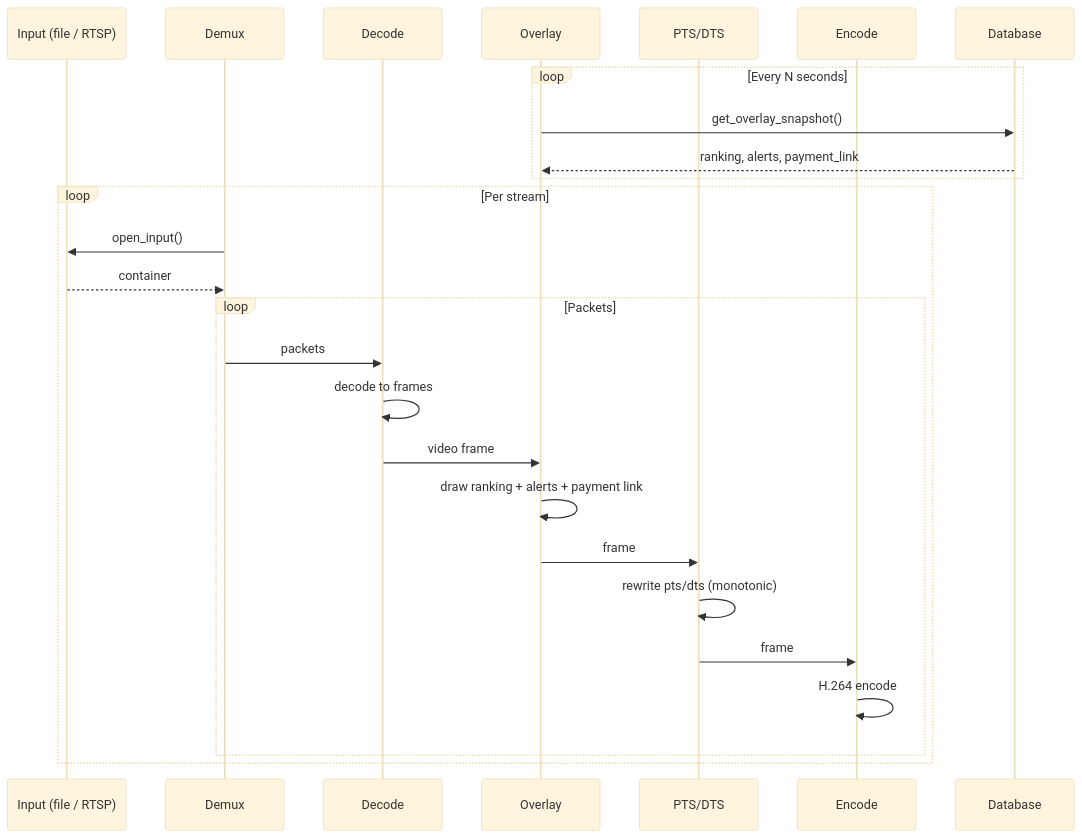
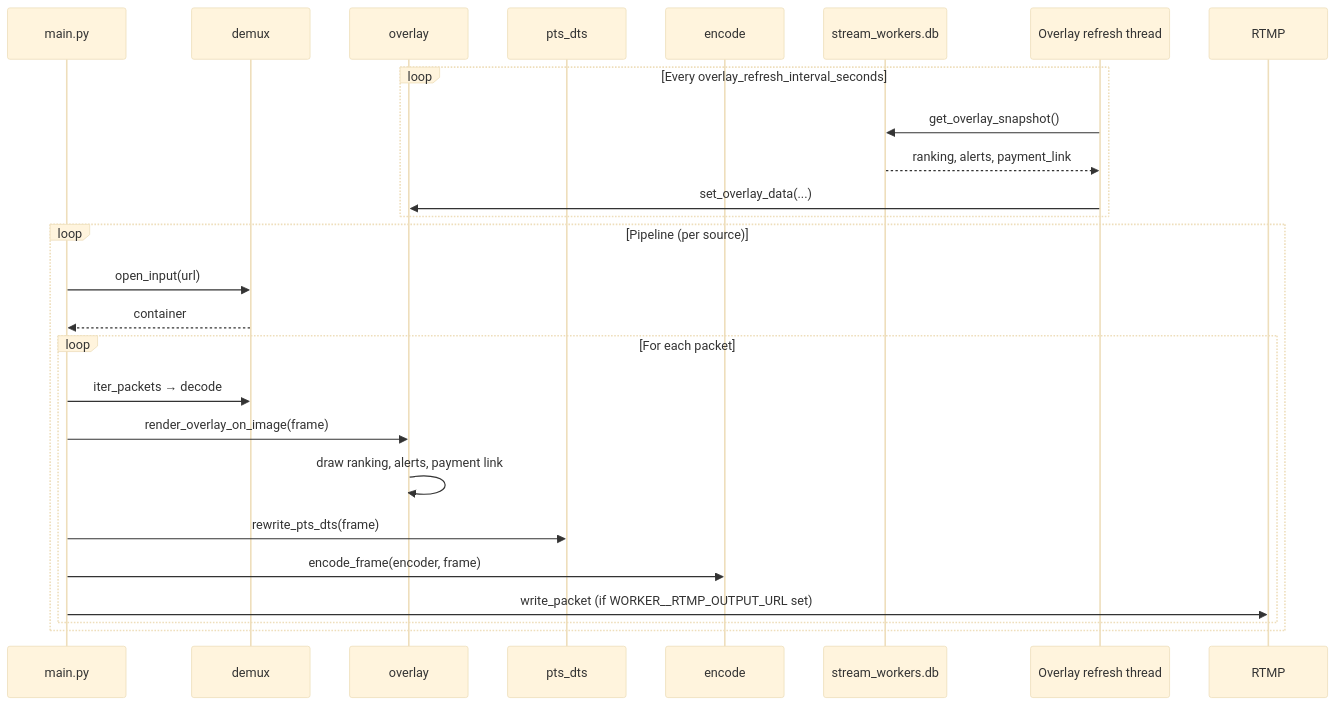
Before and after one commit to iklobato/donatik-tube: the third of 4 diagrams in README.md, drawn with Mermaid (base theme). The commit also changed other lines of this file, not shown here.

Commit message:
docs: update README with current structure and clearer diagrams

````diff
--- a/README.md
+++ b/README.md
@@ -93,30 +105,29 @@
 ```mermaid
 sequenceDiagram
-    participant Input as Input (file / RTSP)
-    participant Demux as Demux
-    participant Decode as Decode
-    participant Overlay as Overlay
-    participant PTS as PTS/DTS
-    participant Encode as Encode
-    participant DB as Database
+    participant Main as main.py
+    participant Demux as demux
+    participant Overlay as overlay
+    participant PTS as pts_dts
+    participant Encode as encode
+    participant DB as stream_workers.db
+    participant Thread as Overlay refresh thread
 
-    loop Every N seconds
-        Overlay->>DB: get_overlay_snapshot()
-        DB-->>Overlay: ranking, alerts, payment_link
+    loop Every overlay_refresh_interval_seconds
+        Thread->>DB: get_overlay_snapshot()
+        DB-->>Thread: ranking, alerts, payment_link
+        Thread->>Overlay: set_overlay_data(...)
     end
 
-    loop Per stream
-        Demux->>Input: open_input()
-        Input-->>Demux: container
-        loop Packets
-            Demux->>Decode: packets
-            Decode->>Decode: decode to frames
-            Decode->>Overlay: video frame
-            Overlay->>Overlay: draw ranking + alerts + payment link
-            Overlay->>PTS: frame
-            PTS->>PTS: rewrite pts/dts (monotonic)
-            PTS->>Encode: frame
-            Encode->>Encode: H.264 encode
+    loop Pipeline (per source)
+        Main->>Demux: open_input(url)
+        Demux-->>Main: container
+        loop For each packet
+            Main->>Demux: iter_packets → decode
+            Main->>Overlay: render_overlay_on_image(frame)
+            Overlay->>Overlay: draw ranking, alerts, payment link
+            Main->>PTS: rewrite_pts_dts(frame)
+            Main->>Encode: encode_frame(encoder, frame)
+            Main->>RTMP: write_packet (if WORKER__RTMP_OUTPUT_URL set)
         end
     end
 ```
````
